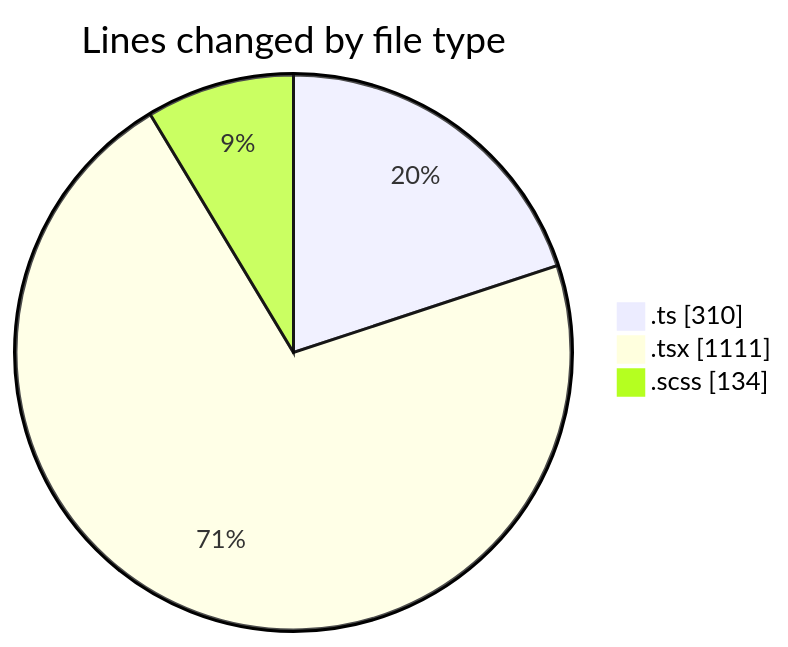
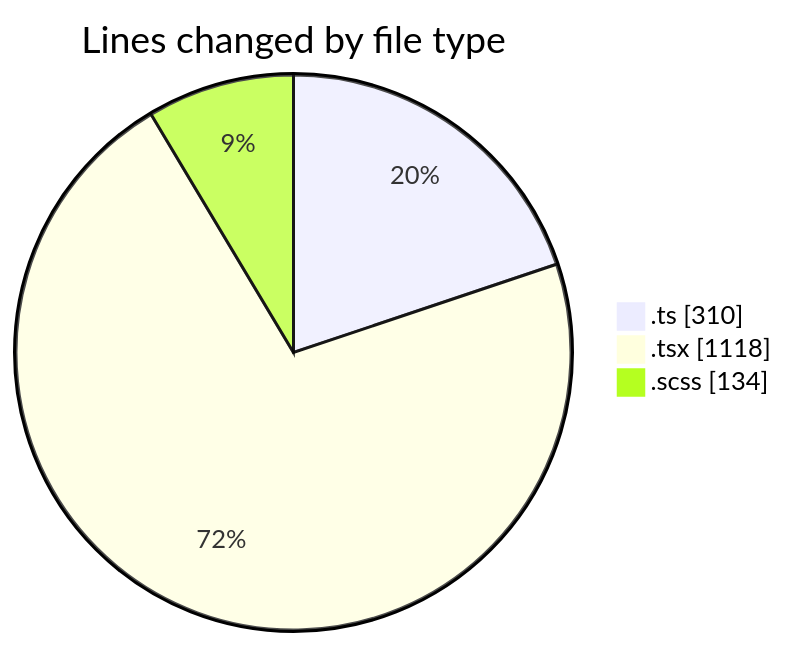
One commit to momahboobian/code-tracking changed the first of 2 diagrams in 2026-09-09/cda/README.md. Above: the diagram before and after it, drawn with Mermaid. The commit also changed other lines of this file and 1 other file, not shown here.

````diff
--- a/2026-09-09/cda/README.md
+++ b/2026-09-09/cda/README.md
@@ -34,7 +34,7 @@
 ```mermaid
 pie showData
 title Lines changed by file type
 ".ts" : 310
-".tsx" : 1111
+".tsx" : 1118
 ".scss" : 134
 ```
````
